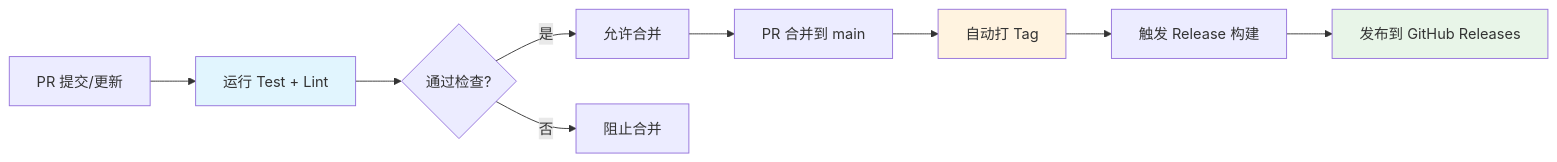
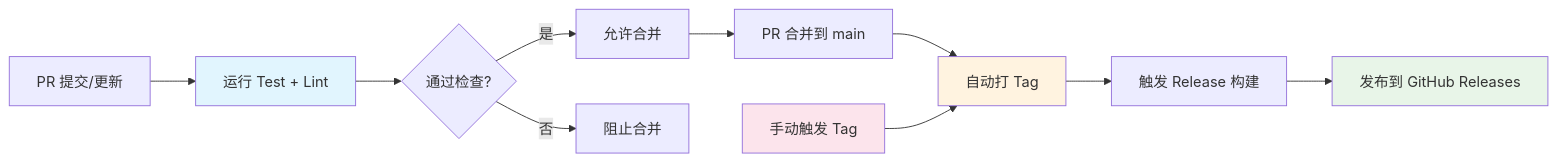
Before and after one commit to miojizzy/out-of-container: the diagram in README.md, drawn with Mermaid. The commit also changed other lines of this file and 4 other files, not shown here.

````diff
--- a/README.md
+++ b/README.md
@@ -317,16 +317,19 @@
 ```mermaid
 graph LR
     A[PR 提交/更新] --> B[运行 Test + Lint]
     B --> C{通过检查?}
     C -->|是| D[允许合并]
     C -->|否| E[阻止合并]
     
     D --> F[PR 合并到 main]
     F --> G[自动打 Tag]
     G --> H[触发 Release 构建]
     H --> I[发布到 GitHub Releases]
+
+    J[手动触发 Tag] --> G
     
     style B fill:#e1f5fe
     style G fill:#fff3e0
     style I fill:#e8f5e8
+    style J fill:#fce4ec
 ```
````
